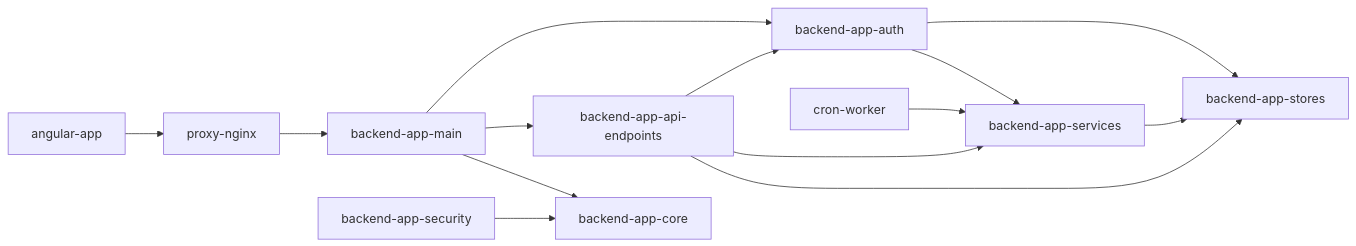
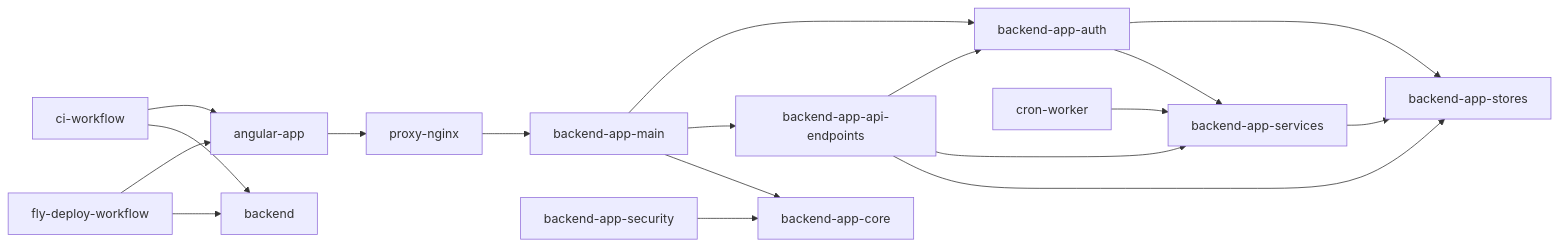
Before and after one commit to Mutinho/futmondo-analytics: the diagram in aidlc/spaces/default/codekb/futmondo-analytics/dependencies.md, drawn with Mermaid. The commit also changed other lines of this file and 84 other files, not shown here.

````diff
--- a/aidlc/spaces/default/codekb/futmondo-analytics/dependencies.md
+++ b/aidlc/spaces/default/codekb/futmondo-analytics/dependencies.md
@@ -33,16 +66,20 @@
 ```mermaid
 graph LR
     angular["angular-app"] --> proxy["proxy-nginx"]
     proxy --> main["backend-app-main"]
     main --> auth["backend-app-auth"]
     main --> endpoints["backend-app-api-endpoints"]
     main --> core["backend-app-core"]
     endpoints --> auth
     endpoints --> services["backend-app-services"]
     endpoints --> stores["backend-app-stores"]
     auth --> stores
     auth --> services
     services --> stores
     security["backend-app-security"] --> core
     cron["cron-worker"] --> services
+    ci["ci-workflow"] --> angular
+    ci --> backendpkg["backend"]
+    fd["fly-deploy-workflow"] --> angular
+    fd --> backendpkg
 ```
````
